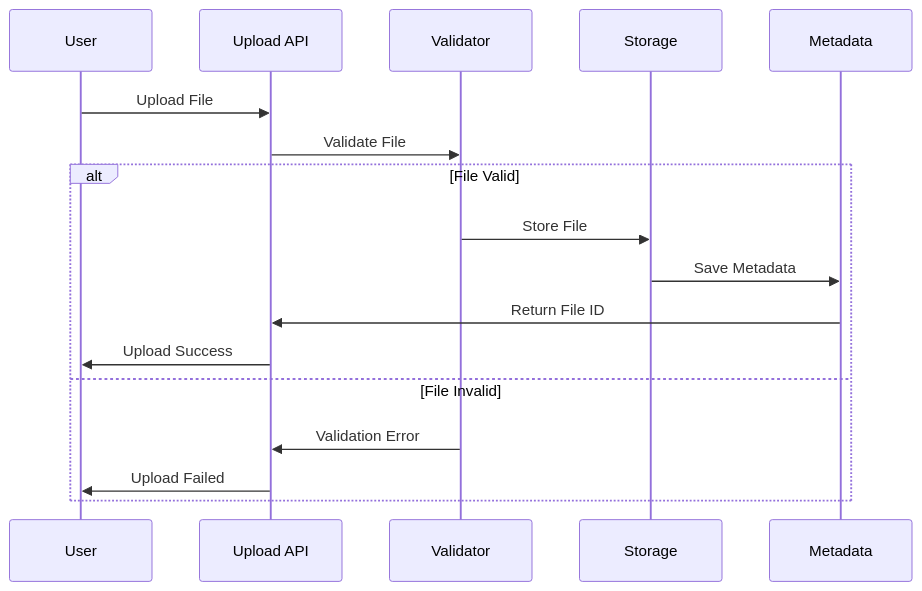
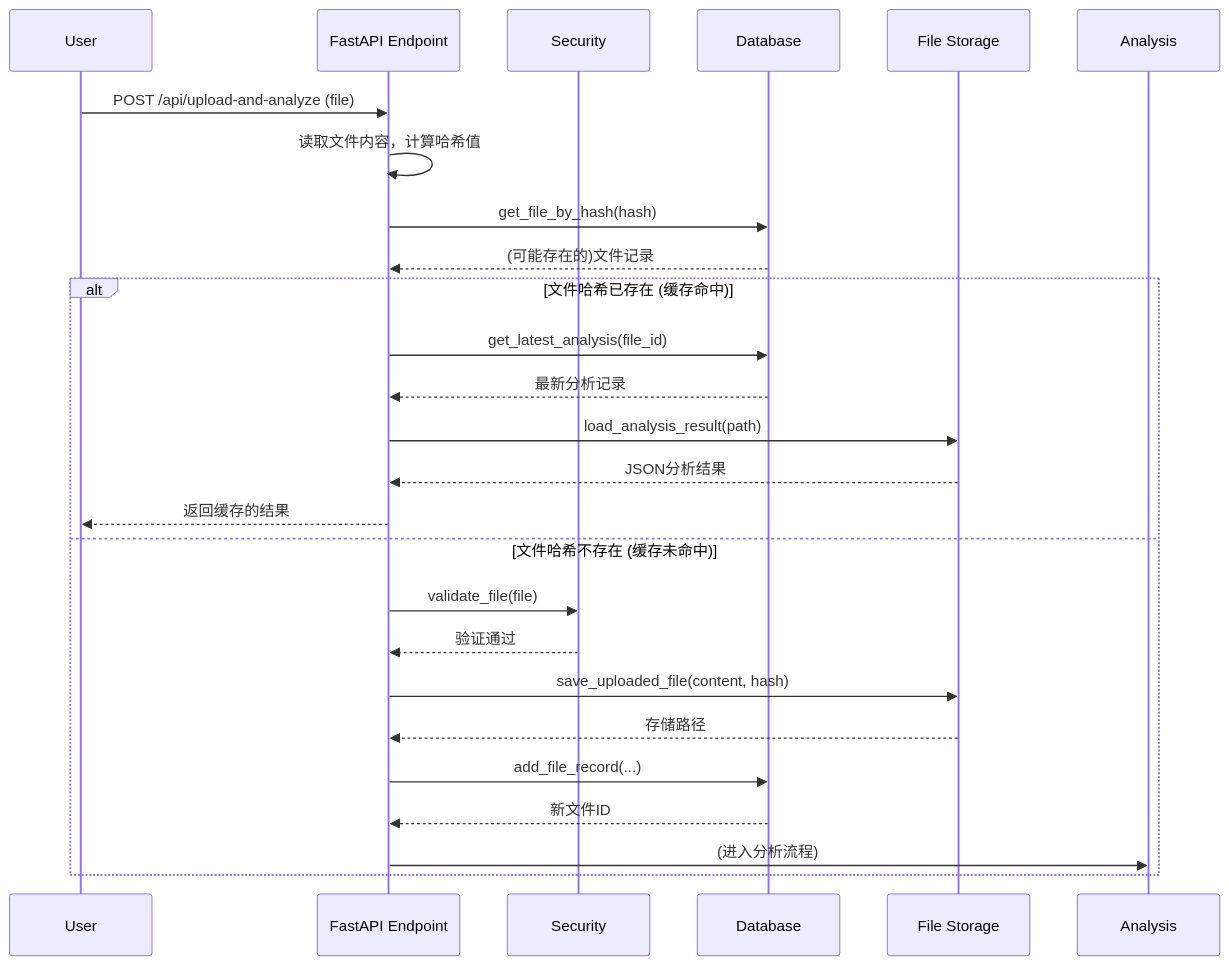
Before and after one commit to bahayonghang/data_report: the second of 4 diagrams in docs/architecture/data-flow.md, drawn with Mermaid. The commit also changed other lines of this file and 14 other files, not shown here.

````diff
--- a/docs/architecture/data-flow.md
+++ b/docs/architecture/data-flow.md
@@ -40,21 +35,29 @@
 ```mermaid
 sequenceDiagram
     participant U as User
-    participant API as Upload API
-    participant V as Validator
-    participant S as Storage
-    participant M as Metadata
-    
-    U->>API: Upload File
-    API->>V: Validate File
-    
-    alt File Valid
-        V->>S: Store File
-        S->>M: Save Metadata
-        M->>API: Return File ID
-        API->>U: Upload Success
-    else File Invalid
-        V->>API: Validation Error
-        API->>U: Upload Failed
+    participant API as FastAPI Endpoint
+    participant Sec as Security
+    participant DB as Database
+    participant FS as File Storage
+
+    U->>API: POST /api/upload-and-analyze (file)
+    API->>API: 读取文件内容，计算哈希值
+    API->>DB: get_file_by_hash(hash)
+    DB-->>API: (可能存在的)文件记录
+
+    alt 文件哈希已存在 (缓存命中)
+        API->>DB: get_latest_analysis(file_id)
+        DB-->>API: 最新分析记录
+        API->>FS: load_analysis_result(path)
+        FS-->>API: JSON分析结果
+        API-->>U: 返回缓存的结果
+    else 文件哈希不存在 (缓存未命中)
+        API->>Sec: validate_file(file)
+        Sec-->>API: 验证通过
+        API->>FS: save_uploaded_file(content, hash)
+        FS-->>API: 存储路径
+        API->>DB: add_file_record(...)
+        DB-->>API: 新文件ID
+        API->>Analysis: (进入分析流程)
     end
 ```
````
